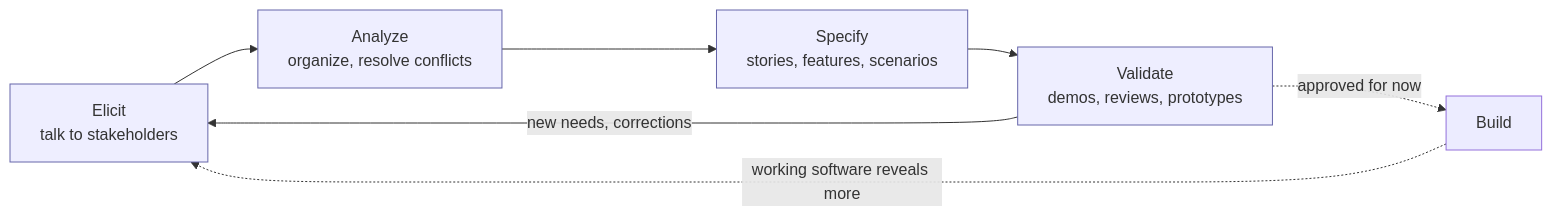
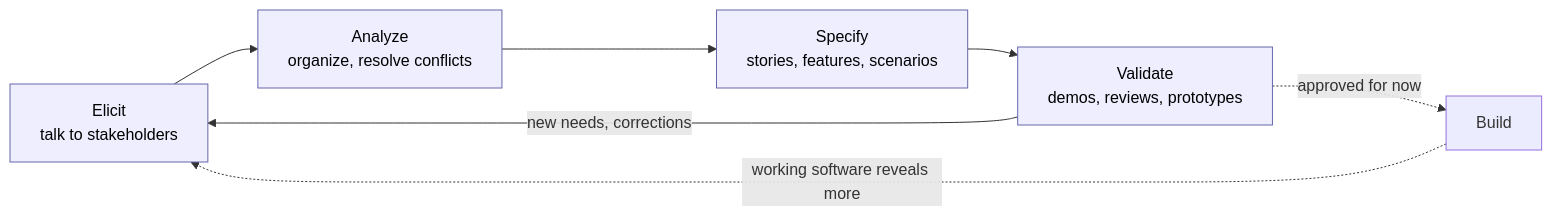
One commit to vrthra/open-swe-book changed the first of 6 diagrams in chapters/03-user-requirements/README.md. Above: the diagram before and after it, drawn with Mermaid. The commit also changed other lines of this file and 9 other files, not shown here.

Commit message:
Fix for typos and diagrams in dark mode

````diff
--- a/chapters/03-user-requirements/README.md
+++ b/chapters/03-user-requirements/README.md
@@ -48,11 +48,11 @@
 ```mermaid
 flowchart LR
     E[Elicit<br/>talk to stakeholders] --> A[Analyze<br/>organize, resolve conflicts]
     A --> S[Specify<br/>stories, features, scenarios]
     S --> V[Validate<br/>demos, reviews, prototypes]
     V -->|new needs, corrections| E
     V -.->|approved for now| B[Build]
     B -.->|working software reveals more| E
-    classDef c fill:#eef,stroke:#66a;
+    classDef c fill:#eef,stroke:#66a,color:#000;
     class E,A,S,V c;
 ```
````
